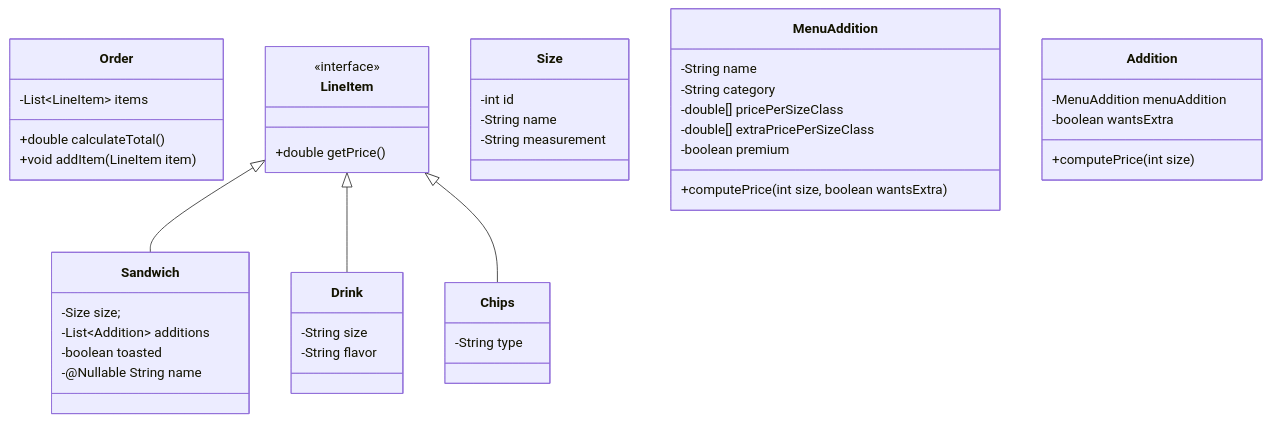
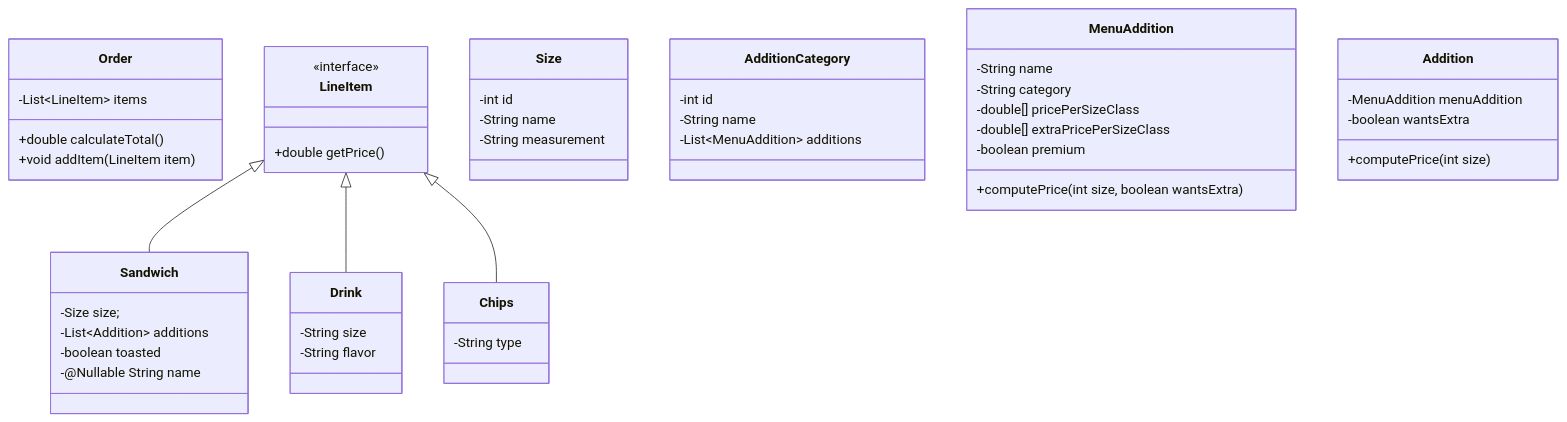
One commit to yuujn/nuclear-subs changed the first of 4 diagrams in diagrams/class_diagrams.md. Above: the diagram before and after it, drawn with Mermaid. The commit also changed 1 other file, not shown here.

Commit message:
add more menu structure to the class hierarchy

````diff
--- a/diagrams/class_diagrams.md
+++ b/diagrams/class_diagrams.md
@@ -3,49 +3,54 @@
 ```mermaid
 classDiagram
     class Order {
         -List&lt;LineItem&gt; items
         +double calculateTotal()
         +void addItem(LineItem item)
     }
     class LineItem {
         <<interface>>
         +double getPrice()
     }
 
     class Size {
         -int id
         -String name
         -String measurement
     }
 
     LineItem <|-- Sandwich
     class Sandwich {
         -Size size;
         -List&lt;Addition&gt; additions
         -boolean toasted
         -@Nullable String name
     }
+    class AdditionCategory {
+        -int id
+        -String name
+        -List&lt;MenuAddition&gt; additions
+    }
     class MenuAddition {
         -String name
         -String category
         -double[] pricePerSizeClass
         -double[] extraPricePerSizeClass
         -boolean premium
         +computePrice(int size, boolean wantsExtra)
     }
     class Addition {
         -MenuAddition menuAddition
         -boolean wantsExtra
         +computePrice(int size)
     }
     
     LineItem <|-- Drink
     class Drink {
         -String size
         -String flavor
     }
     LineItem <|-- Chips
     class Chips {
         -String type
     }
 ```
````
